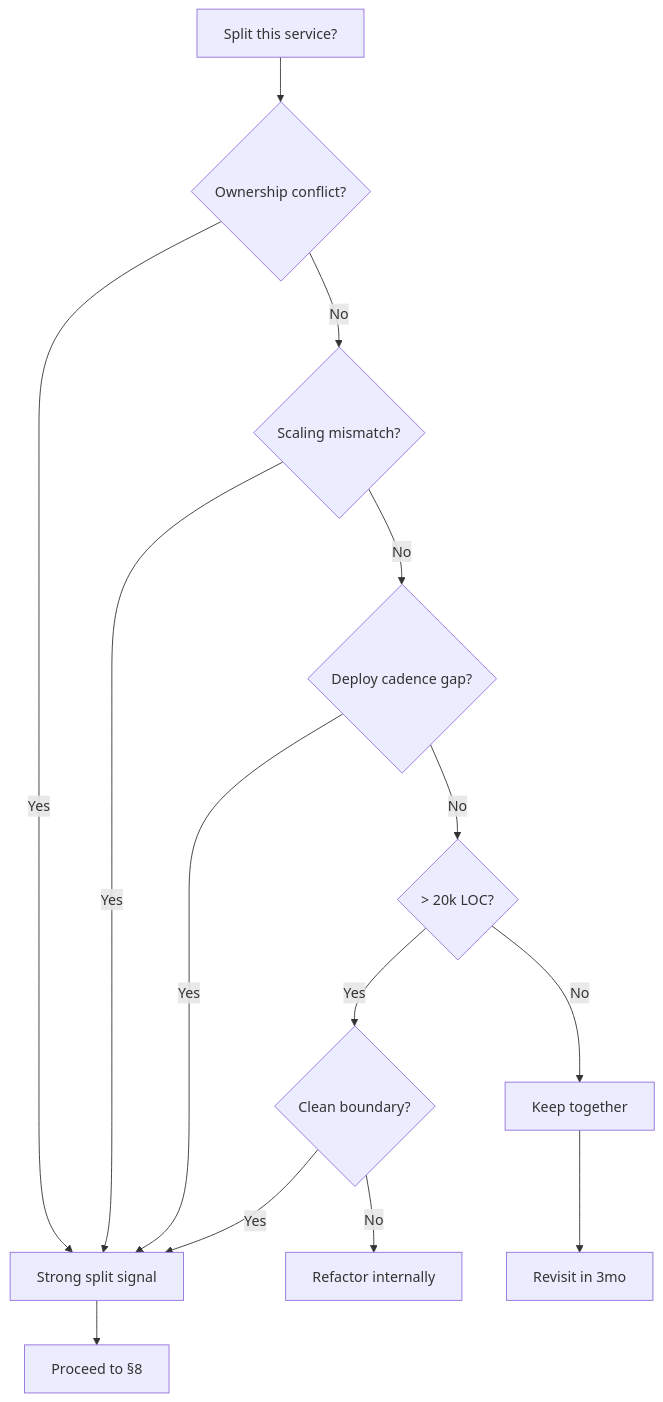
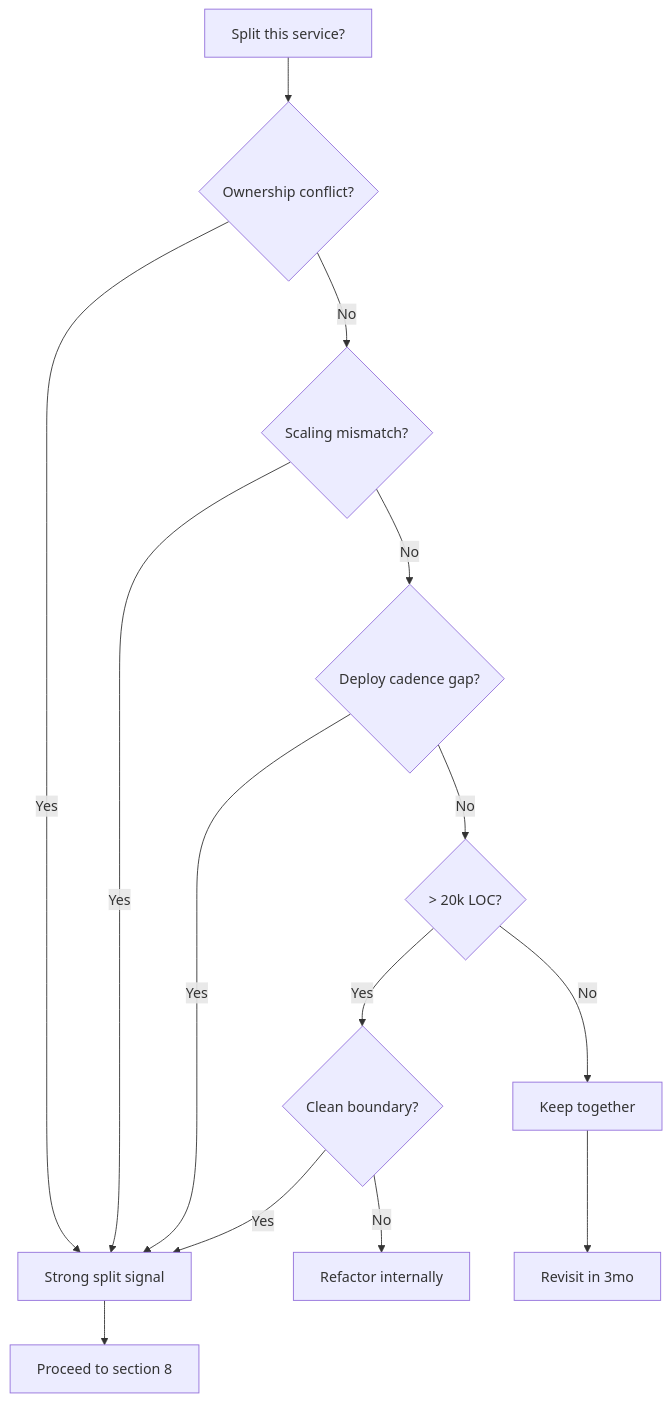
One commit to rishikeshdhokare/platform-manifesto changed the first of 7 diagrams in 02-architecture-and-api/07-service-decomposition.md. Above: the diagram before and after it, drawn with Mermaid. The commit also changed other lines of this file and 7 other files, not shown here.

````diff
--- a/02-architecture-and-api/07-service-decomposition.md
+++ b/02-architecture-and-api/07-service-decomposition.md
@@ -27,16 +27,16 @@
 ```mermaid
 flowchart TD
     start["Split this service?"] --> ownerQ{"Ownership conflict?"}
     ownerQ -->|"Yes"| split["Strong split signal"]
     ownerQ -->|"No"| scaleQ{"Scaling mismatch?"}
     scaleQ -->|"Yes"| split
     scaleQ -->|"No"| deployQ{"Deploy cadence gap?"}
     deployQ -->|"Yes"| split
     deployQ -->|"No"| sizeQ{"> 20k LOC?"}
     sizeQ -->|"Yes"| boundaryQ{"Clean boundary?"}
     sizeQ -->|"No"| keep["Keep together"]
     boundaryQ -->|"Yes"| split
     boundaryQ -->|"No"| refactor["Refactor internally"]
-    split --> proceed["Proceed to §8"]
+    split --> proceed["Proceed to section 8"]
     keep --> revisit["Revisit in 3mo"]
 ```
````
